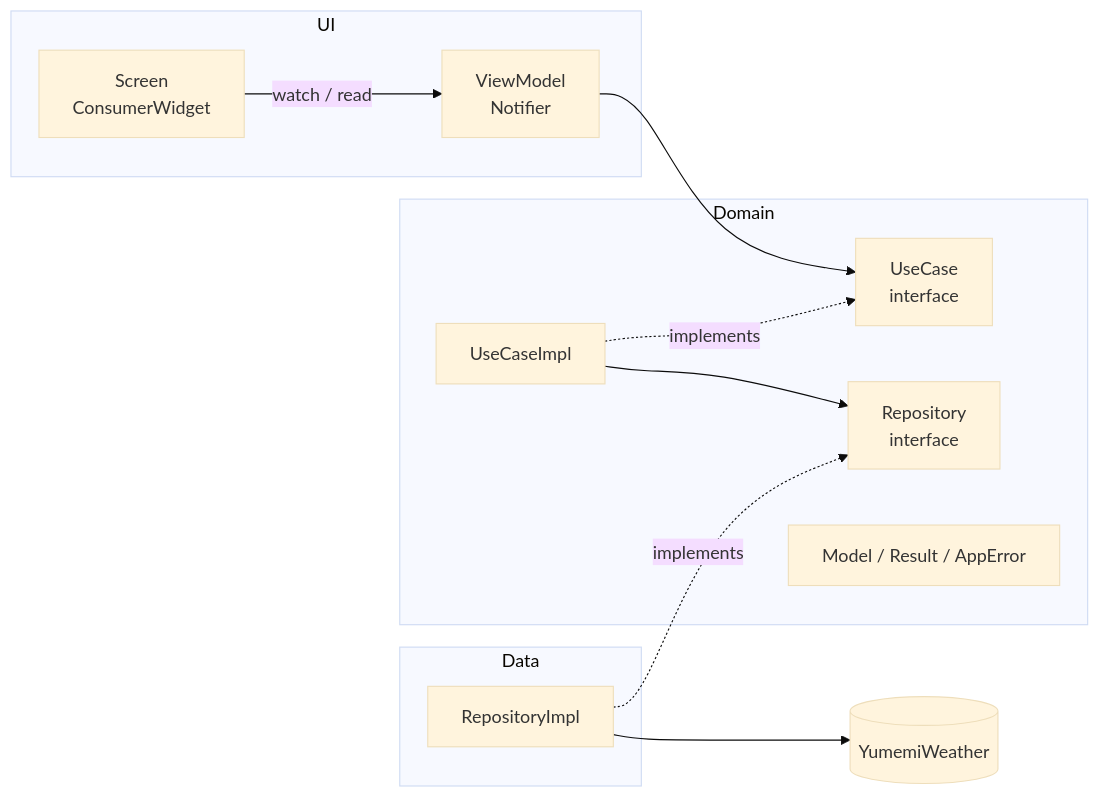
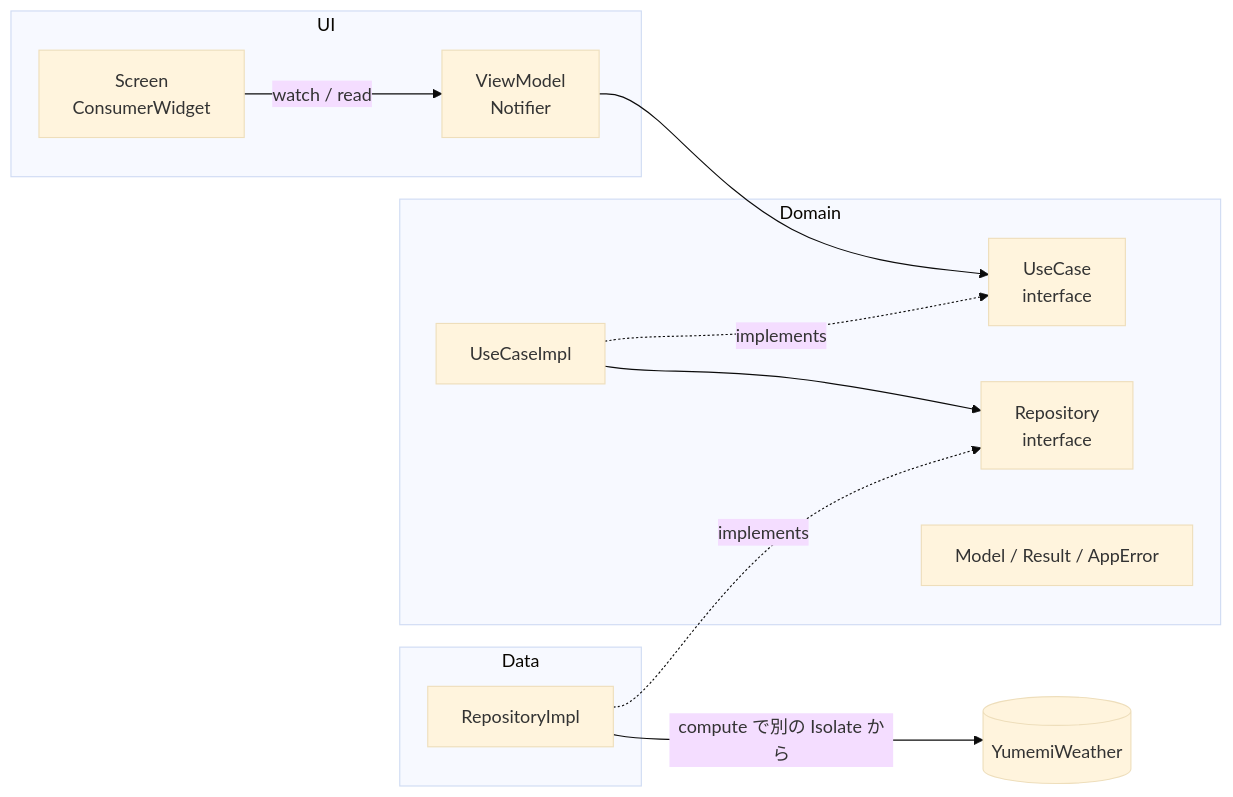
Before and after one commit to nikushi-ryosuke/flutter-training-rnikushi: the first of 2 diagrams in docs/ARCHITECTURE.md, drawn with Mermaid (base theme). The commit also changed other lines of this file, not shown here.

Commit message:
ARCHITECTURE.md に、スレッドをブロックする API を Isolate で呼び出す方針と読み込み中の表示を追記する

````diff
--- a/docs/ARCHITECTURE.md
+++ b/docs/ARCHITECTURE.md
@@ -7,24 +7,24 @@
 ```mermaid
 flowchart LR
   subgraph ui[UI]
     Screen[Screen<br/>ConsumerWidget]
     VM[ViewModel<br/>Notifier]
   end
   subgraph domain[Domain]
     UseCaseIF[UseCase<br/>interface]
     UseCaseImpl[UseCaseImpl]
     RepoIF[Repository<br/>interface]
     Model[Model / Result / AppError]
   end
   subgraph data[Data]
     RepoImpl[RepositoryImpl]
   end
   API[(YumemiWeather)]
 
   Screen -->|watch / read| VM
   VM --> UseCaseIF
   UseCaseImpl -.implements.-> UseCaseIF
   UseCaseImpl --> RepoIF
   RepoImpl -.implements.-> RepoIF
-  RepoImpl --> API
+  RepoImpl -->|compute で別の Isolate から| API
 ```
````
